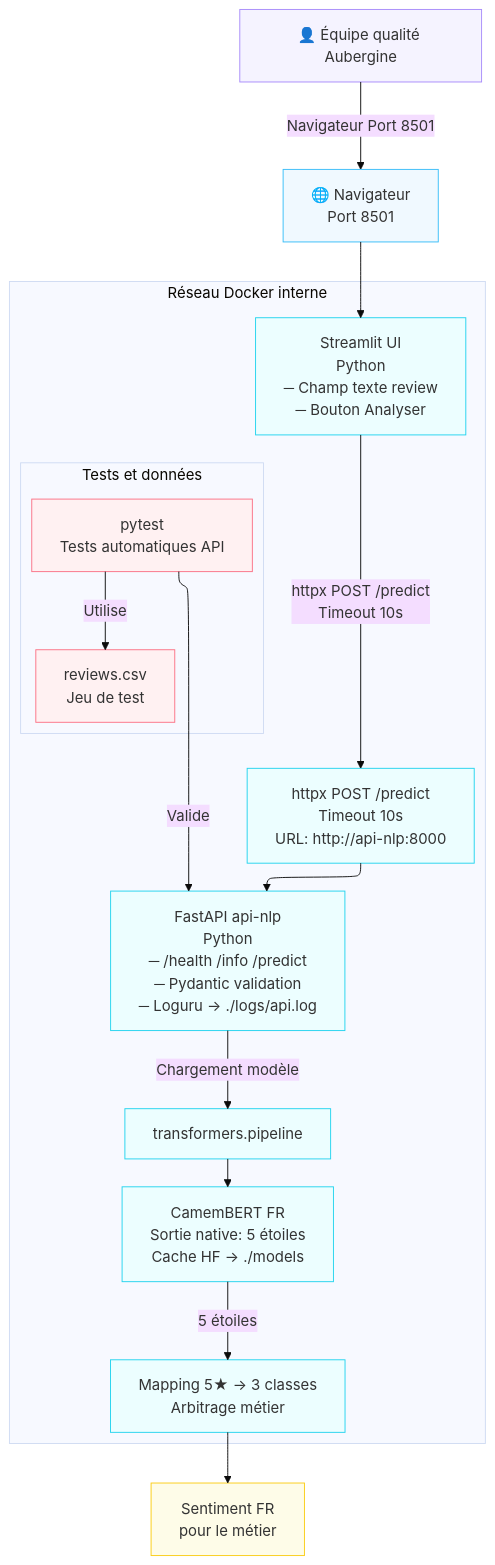
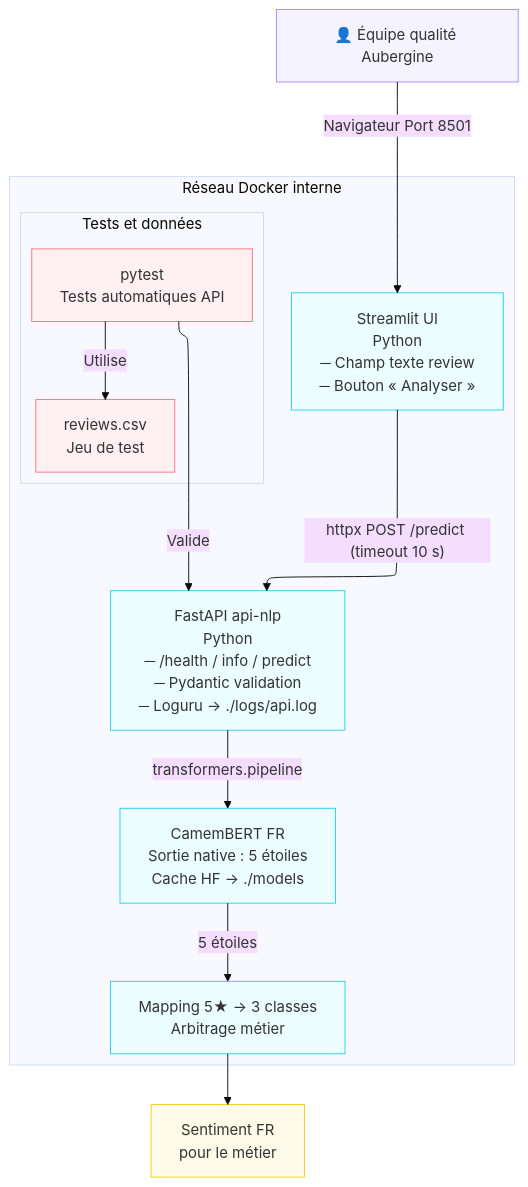
One commit to A949196/m0-b2-tom-romain changed the diagram in README.md. Above: the diagram before and after it, drawn with Mermaid (base theme).

Commit message:
Simplification du schéma d'architecture via mermaid

`````diff
--- a/README.md
+++ b/README.md
@@ -5,51 +5,41 @@
 ````mermaid
 ---
 config:
   layout: elk
 ---
-graph TD
-    QualityTeam["👤 Équipe qualité Aubergine"]
-    Browser["🌐 Navigateur<br/>Port 8501"]
+flowchart TB
+ subgraph Testing["Tests et données"]
+        CSVReviews["reviews.csv<br>Jeu de test"]
+        Pytest["pytest<br>Tests automatiques API"]
+  end
+ subgraph DockerNetwork["Réseau Docker interne"]
+        StreamlitUI["Streamlit UI<br>Python<br>─ Champ texte review<br>─ Bouton « Analyser »"]
+        FastAPI["FastAPI api-nlp<br>Python<br>─ /health / info / predict<br>─ Pydantic validation<br>─ Loguru → ./logs/api.log"]
+        CamemBERT["CamemBERT FR<br>Sortie native : 5 étoiles<br>Cache HF → ./models"]
+        Mapping["Mapping 5★ → 3 classes<br>Arbitrage métier"]
+        Testing
+  end
+    QualityTeam["👤 Équipe qualité Aubergine<br>"] -- Navigateur Port 8501 --> StreamlitUI
+    StreamlitUI -- httpx POST /predict (timeout 10 s) --> FastAPI
+    FastAPI -- "transformers.pipeline" --> CamemBERT
+    CamemBERT -- 5 étoiles --> Mapping
+    Mapping --> SentimentResult["Sentiment FR<br>pour le métier"]
+    Pytest -- Utilise --> CSVReviews
+    Pytest -- Valide --> FastAPI
 
-    subgraph DockerNetwork["Réseau Docker interne"]
-        StreamlitUI["Streamlit UI<br/>Python<br/>─ Champ texte review<br/>─ Bouton Analyser"]
-        HttpxCall["httpx POST /predict<br/>Timeout 10s<br/>URL: http://api-nlp:8000"]
-        FastAPI["FastAPI api-nlp<br/>Python<br/>─ /health /info /predict<br/>─ Pydantic validation<br/>─ Loguru → ./logs/api.log"]
-        TransformersCall["transformers.pipeline"]
-        CamemBERT["CamemBERT FR<br/>Sortie native: 5 étoiles<br/>Cache HF → ./models"]
-        Mapping["Mapping 5★ → 3 classes<br/>Arbitrage métier"]
-
-        subgraph Testing["Tests et données"]
-            CSVReviews["reviews.csv<br/>Jeu de test"]
-            Pytest["pytest<br/>Tests automatiques API"]
-        end
-    end
-
-    SentimentResult["Sentiment FR<br/>pour le métier"]
-
-    QualityTeam -->|Navigateur Port 8501| Browser
-    Browser --> StreamlitUI
-    StreamlitUI -->|httpx POST /predict<br/>Timeout 10s| HttpxCall
-    HttpxCall --> FastAPI
-    FastAPI -->|Chargement modèle| TransformersCall
-    TransformersCall --> CamemBERT
-    CamemBERT -->|5 étoiles| Mapping
-    Mapping --> SentimentResult
-    Pytest -->|Utilise| CSVReviews
-    Pytest -->|Valide| FastAPI
-
+     CSVReviews:::test
+     Pytest:::test
+     StreamlitUI:::docker
+     FastAPI:::docker
+     CamemBERT:::docker
+     Mapping:::docker
+     QualityTeam:::team
+     SentimentResult:::result
     classDef team fill:#f5f3ff,stroke:#a78bfa
-    classDef ui fill:#f0f9ff,stroke:#38bdf8
     classDef docker fill:#ecfeff,stroke:#22d3ee
     classDef api fill:#fff7ed,stroke:#fb923c
     classDef ml fill:#f0fdf4,stroke:#4ade80
     classDef process fill:#fdf4ff,stroke:#e879f9
     classDef result fill:#fefce8,stroke:#facc15
     classDef test fill:#fff1f2,stroke:#fb7185
-
-    class QualityTeam team
-    class Browser ui
-    class StreamlitUI,HttpxCall,FastAPI,TransformersCall,CamemBERT,Mapping docker
-    class Pytest,CSVReviews test
-    class SentimentResult result
 ````
`````
